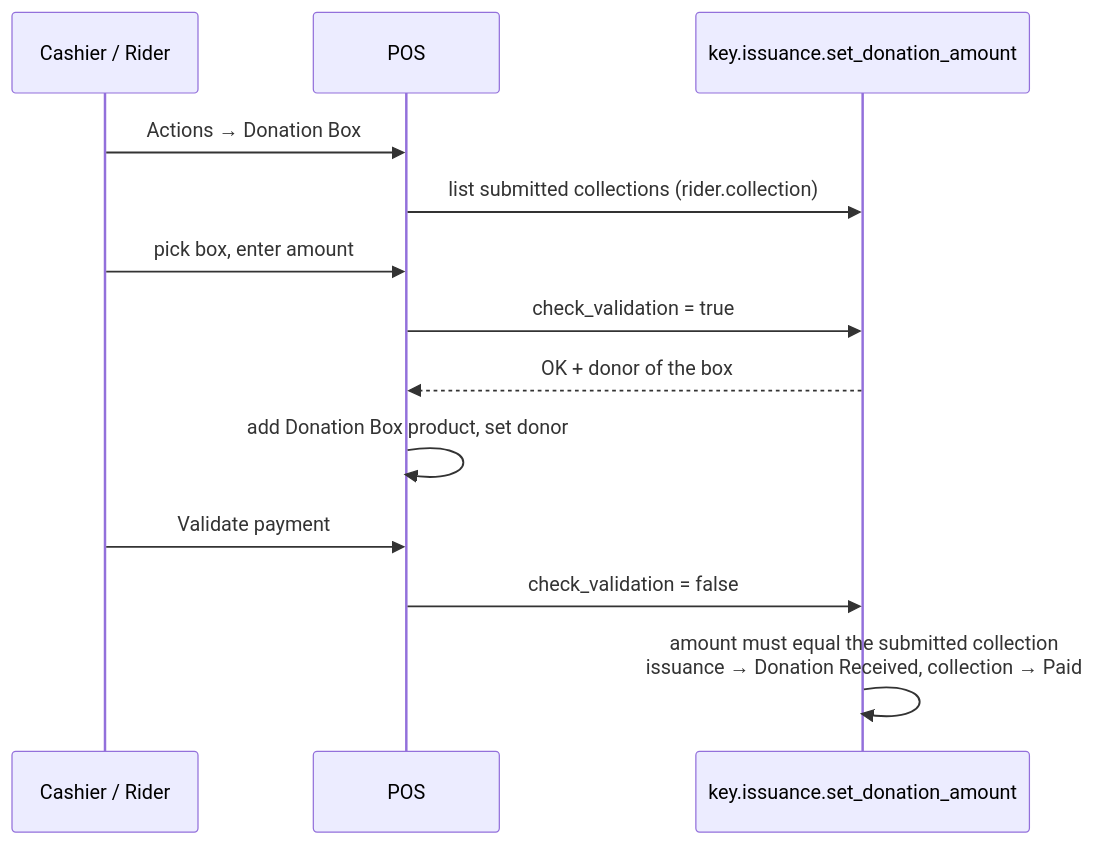
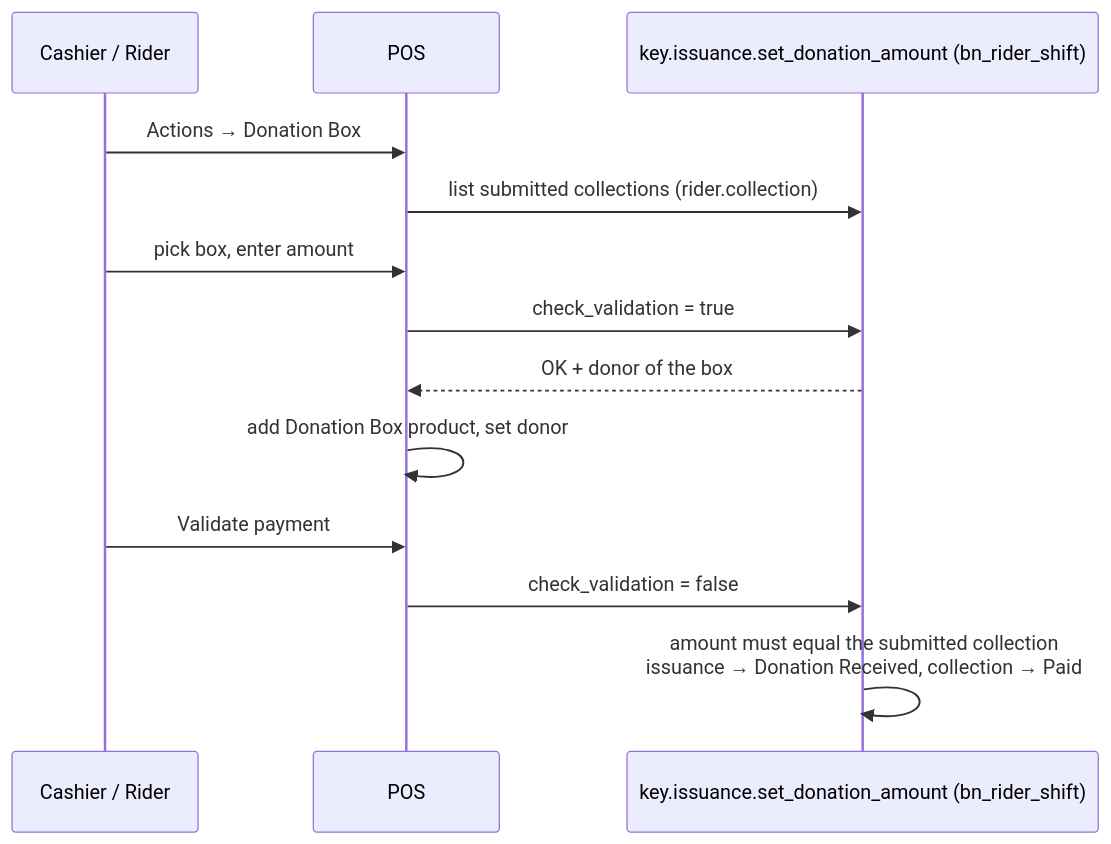
One commit to Saylani-Welfare-Trust/swit-odoo changed the second of 2 diagrams in custom-addons/bn_key_management/README.md. Above: the diagram before and after it, drawn with Mermaid. The commit also changed other lines of this file and 355 other files, not shown here.

````diff
--- a/custom-addons/bn_key_management/README.md
+++ b/custom-addons/bn_key_management/README.md
@@ -45,15 +52,15 @@
 ```mermaid
 sequenceDiagram
     participant Rider as Cashier / Rider
     participant POS
-    participant Odoo as key.issuance.set_donation_amount
+    participant Odoo as key.issuance.set_donation_amount (bn_rider_shift)
     Rider->>POS: Actions → Donation Box
     POS->>Odoo: list submitted collections (rider.collection)
     Rider->>POS: pick box, enter amount
     POS->>Odoo: check_validation = true
     Odoo-->>POS: OK + donor of the box
     POS->>POS: add Donation Box product, set donor
     Rider->>POS: Validate payment
     POS->>Odoo: check_validation = false
     Odoo->>Odoo: amount must equal the submitted collection<br/>issuance → Donation Received, collection → Paid
 ```
````
